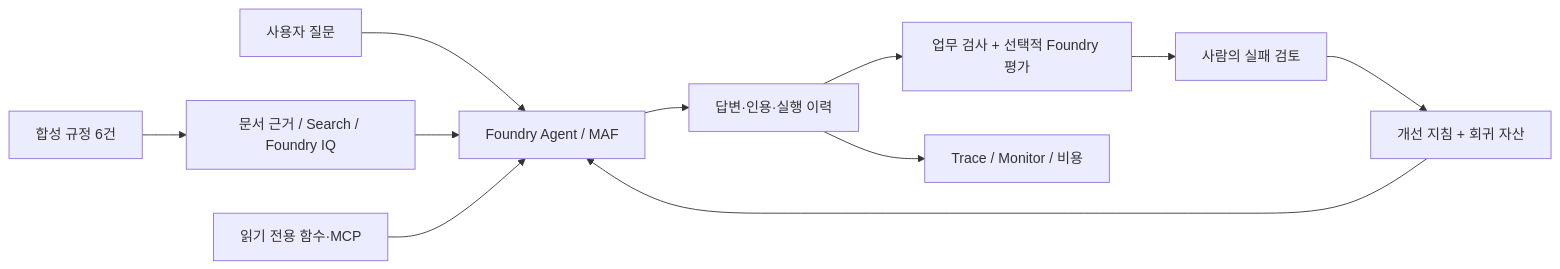
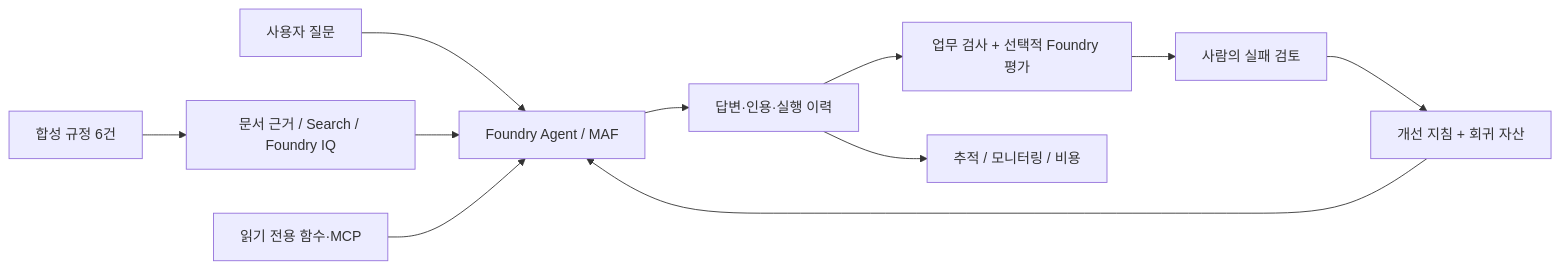
One commit to junwoojeong100/microsoft-foundry-v2-labs changed the diagram in README.ko.md. Above: the diagram before and after it, drawn with Mermaid. The commit also changed other lines of this file and 35 other files, not shown here.

````diff
--- a/README.ko.md
+++ b/README.ko.md
@@ -92,13 +94,13 @@
 ```mermaid
 flowchart LR
     U["사용자 질문"] --> A["Foundry Agent / MAF"]
     K["합성 규정 6건"] --> R["문서 근거 / Search / Foundry IQ"]
     R --> A
     T["읽기 전용 함수·MCP"] --> A
     A --> E["답변·인용·실행 이력"]
     E --> V["업무 검사 + 선택적 Foundry 평가"]
     V --> H["사람의 실패 검토"]
     H --> P["개선 지침 + 회귀 자산"]
     P --> A
-    E --> O["Trace / Monitor / 비용"]
+    E --> O["추적 / 모니터링 / 비용"]
 ```
````
